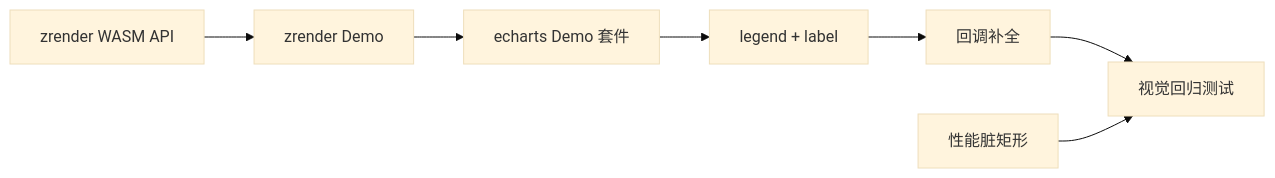
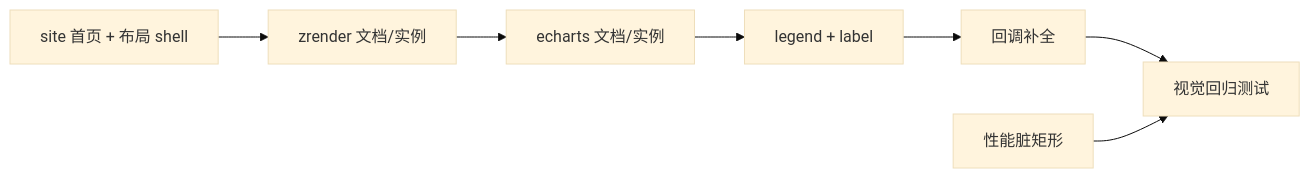
The third of 3 diagrams in .cursor/plans/wasm-echarts_待办与Demo规划.plan.md (shenjunjian/wasm-echarts), drawn with Mermaid (base theme) before and after one commit. The commit also changed other lines of this file and 50 other files, not shown here.

````diff
--- a/.cursor/plans/wasm-echarts_待办与Demo规划.plan.md
+++ b/.cursor/plans/wasm-echarts_待办与Demo规划.plan.md
@@ -308,9 +393,9 @@
 ```mermaid
 flowchart LR
-    D1[zrender WASM API] --> D2[zrender Demo]
-    D2 --> E1[echarts Demo 套件]
-    E1 --> C1[legend + label]
+    S0[site 首页 + 布局 shell] --> S1[zrender 文档/实例]
+    S1 --> S2[echarts 文档/实例]
+    S2 --> C1[legend + label]
     C1 --> C2[回调补全]
     C2 --> T1[视觉回归测试]
     P1[性能脏矩形] --> T1
 ```
````
